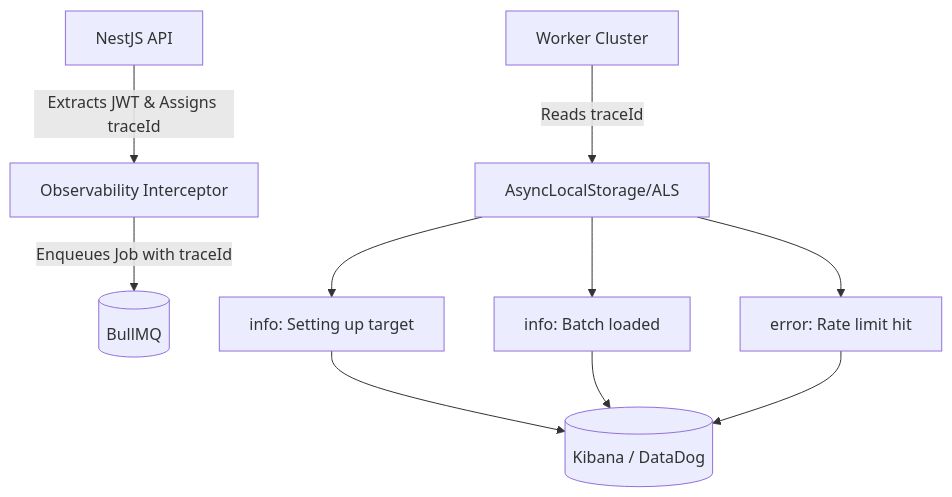
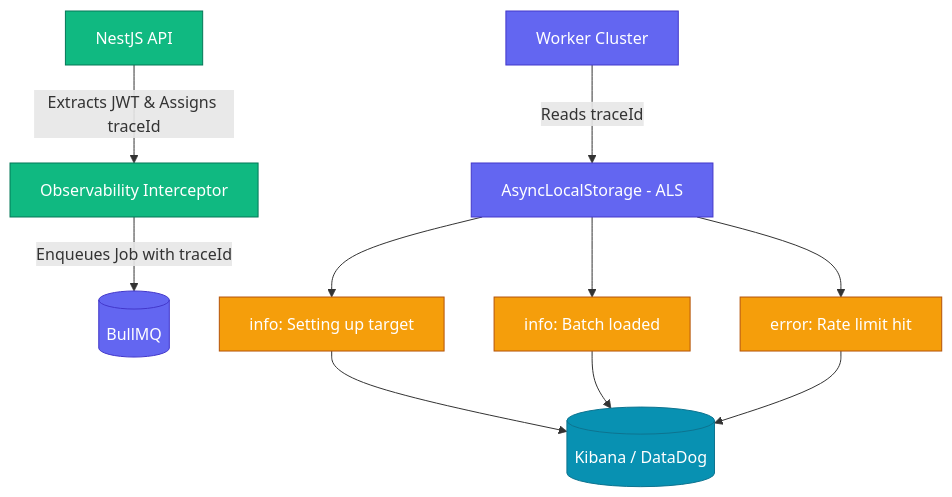
One commit to sonishivam1/commerce-orchestrator changed the diagram in docs/operations/observability.md. Above: the diagram before and after it, drawn with Mermaid. The commit also changed 6 other files, not shown here.

Commit message:
fix(docs): fix all Mermaid parse errors and add colors to all diagrams

````diff
--- a/docs/operations/observability.md
+++ b/docs/operations/observability.md
@@ -17,15 +17,27 @@
 ```mermaid
 flowchart TD
-    API[NestJS API] -->|Extracts JWT & Assigns traceId| Middleware[Observability Interceptor]
-    Middleware -->|Enqueues Job with traceId| Redis[(BullMQ)]
-    
-    Worker[Worker Cluster] -->|Reads traceId| Context[AsyncLocalStorage/ALS]
-    
-    Context --> Log1[info: Setting up target]
-    Context --> Log2[info: Batch loaded]
-    Context --> Log3[error: Rate limit hit]
-    
-    Log1 --> ELK[(Kibana / DataDog)]
+    classDef api fill:#10b981,stroke:#047857,color:#fff
+    classDef infra fill:#6366f1,stroke:#4338ca,color:#fff
+    classDef log fill:#f59e0b,stroke:#b45309,color:#fff
+    classDef store fill:#0891b2,stroke:#0e7490,color:#fff
+
+    API["NestJS API"]:::api
+    Middleware["Observability Interceptor"]:::api
+    Redis[("BullMQ")]:::infra
+    Worker["Worker Cluster"]:::infra
+    Context["AsyncLocalStorage - ALS"]:::infra
+    Log1["info: Setting up target"]:::log
+    Log2["info: Batch loaded"]:::log
+    Log3["error: Rate limit hit"]:::log
+    ELK[("Kibana / DataDog")]:::store
+
+    API -->|"Extracts JWT & Assigns traceId"| Middleware
+    Middleware -->|"Enqueues Job with traceId"| Redis
+    Worker -->|"Reads traceId"| Context
+    Context --> Log1
+    Context --> Log2
+    Context --> Log3
+    Log1 --> ELK
     Log2 --> ELK
     Log3 --> ELK
 ```
````
